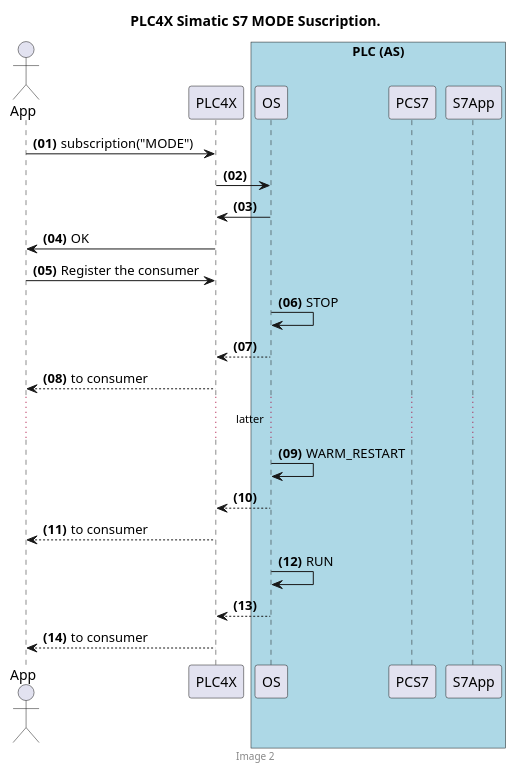
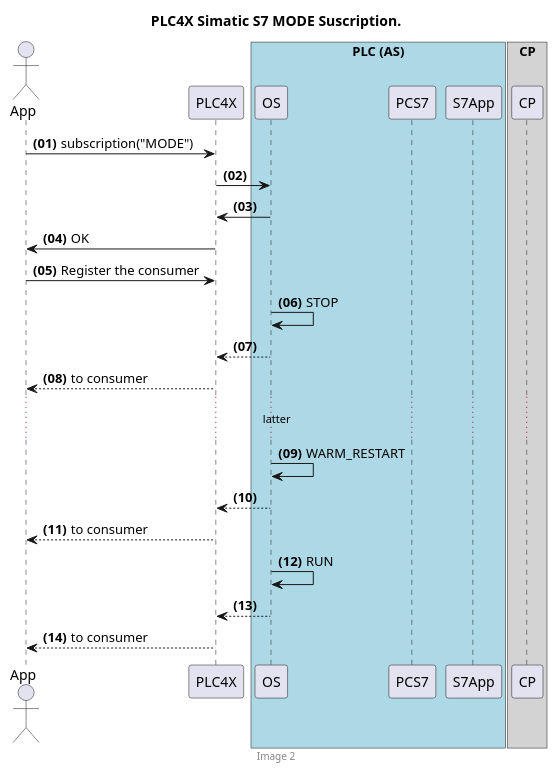
One commit to apache/plc4x changed the second of 8 diagrams in src/site/asciidoc/users/protocols/s7.adoc. Above: the diagram before and after it, drawn with PlantUML. The commit also changed other lines of this file and 47 other files, not shown here.

```diff
--- a/src/site/asciidoc/users/protocols/s7.adoc
+++ b/src/site/asciidoc/users/protocols/s7.adoc
@@ -496,30 +498,34 @@
-[plantuml, target=image0X, format=png, align="center"]
+[plantuml, target="../../image02", format=png, align="center"]
 ....
 autonumber "<b>(00)"
 title PLC4X Simatic S7 <b>MODE</b> Suscription.
 footer Image 2
 
 actor App
 participant PLC4X
 box "PLC (AS)" #LightBlue
 participant OS
 participant PCS7
 participant S7App
+endbox
+
+box "CP" #LightGray
+participant CP
 endbox
 
 App -> PLC4X : subscription("MODE")
 PLC4X -> OS
 OS -> PLC4X
 PLC4X -> App : OK
 App -> PLC4X : Register the consumer
 OS -> OS : STOP
 OS --> PLC4X
 PLC4X --> App : to consumer
 ...latter...
 OS -> OS : WARM_RESTART
 OS --> PLC4X
 PLC4X --> App : to consumer
 OS -> OS : RUN 
 OS --> PLC4X
 PLC4X --> App : to consumer
 ....
```
